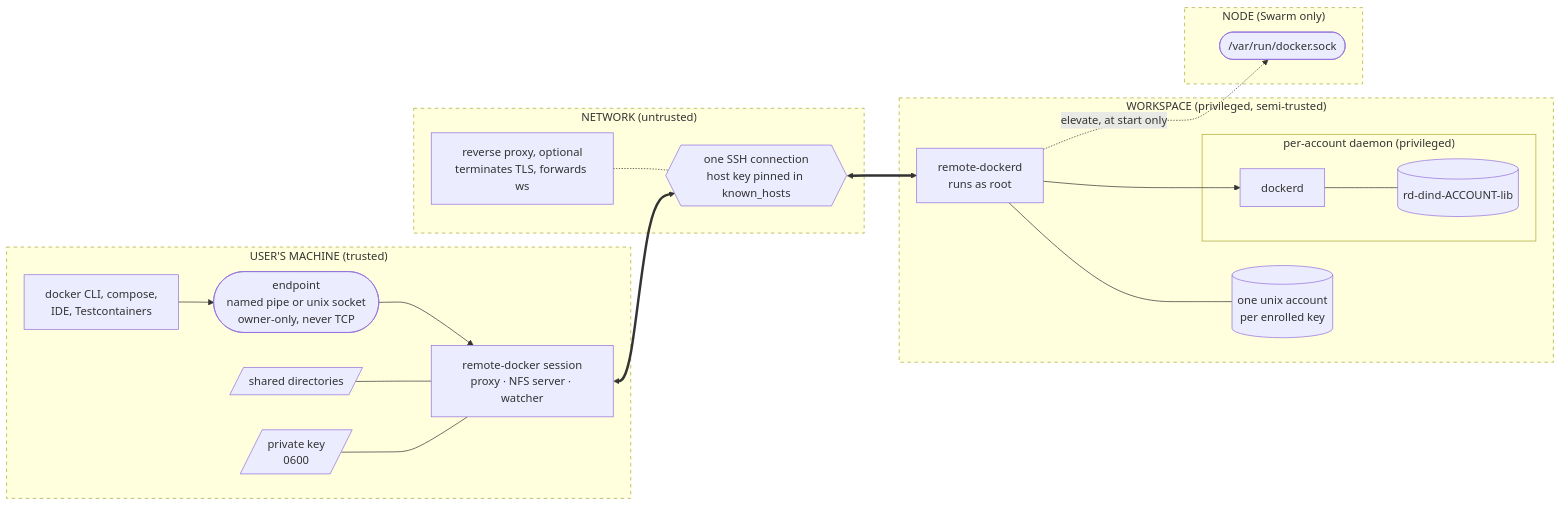
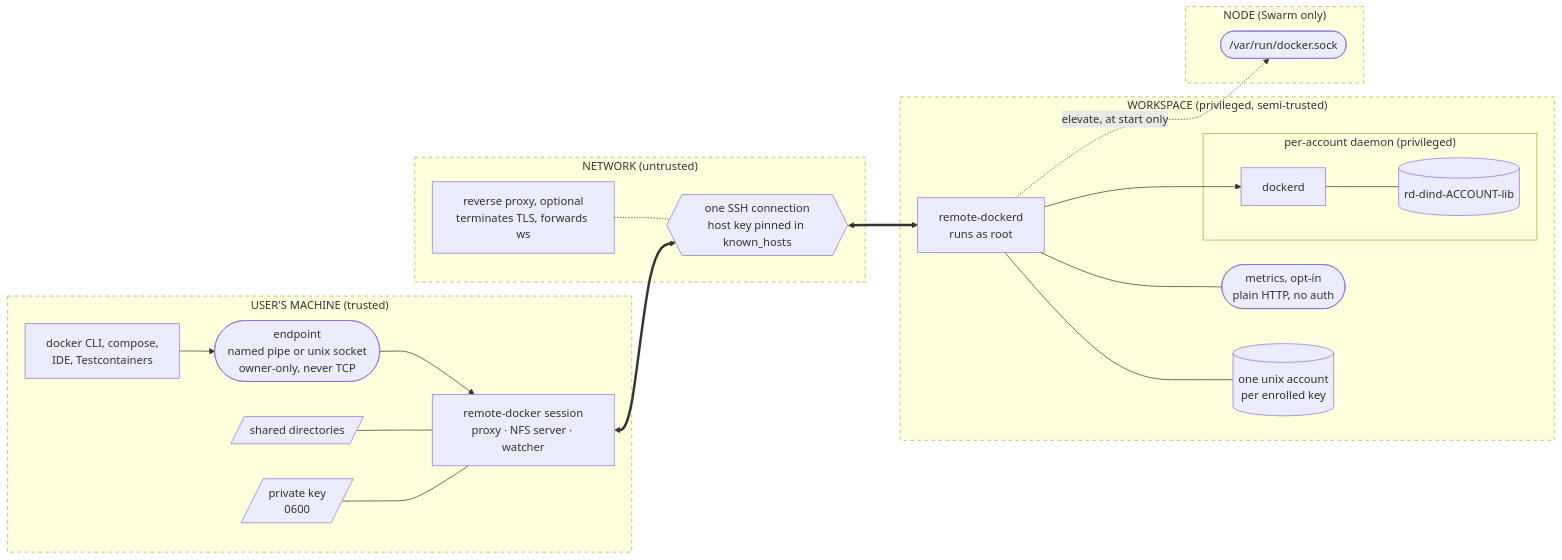
Before and after one commit to lhns/remote-docker: the first of 15 diagrams in docs/threat-model.md, drawn with Mermaid. The commit also changed other lines of this file, not shown here.

````diff
--- a/docs/threat-model.md
+++ b/docs/threat-model.md
@@ -51,41 +53,43 @@
 ```mermaid
 flowchart LR
     subgraph user["USER'S MACHINE (trusted)"]
         dirs[/"shared directories"/]
         key[/"private key<br/>0600"/]
         client["remote-docker session<br/>proxy · NFS server · watcher"]
         ep(["endpoint<br/>named pipe or unix socket<br/>owner-only, never TCP"])
         tools["docker CLI, compose,<br/>IDE, Testcontainers"]
         tools --> ep --> client
         dirs --- client
         key --- client
     end
 
     subgraph net["NETWORK (untrusted)"]
         proxy["reverse proxy, optional<br/>terminates TLS, forwards ws"]
         ssh{{"one SSH connection<br/>host key pinned in known_hosts"}}
         proxy -.- ssh
     end
 
     subgraph ws["WORKSPACE (privileged, semi-trusted)"]
         agent["remote-dockerd<br/>runs as root"]
+        metrics(["metrics, opt-in<br/>plain HTTP, no auth"])
         accounts[("one unix account<br/>per enrolled key")]
+        agent --- metrics
         subgraph dind["per-account daemon (privileged)"]
             dockerd["dockerd"]
             vols[("rd-dind-ACCOUNT-lib")]
         end
         agent --- accounts
         agent --> dockerd
         dockerd --- vols
     end
 
     subgraph node["NODE (Swarm only)"]
         sock(["/var/run/docker.sock"])
     end
 
     client <==> ssh <==> agent
     agent -. "elevate, at start only" .-> sock
 
     classDef boundary stroke-dasharray: 5 5
     class user,net,ws,node boundary
 ```
````
